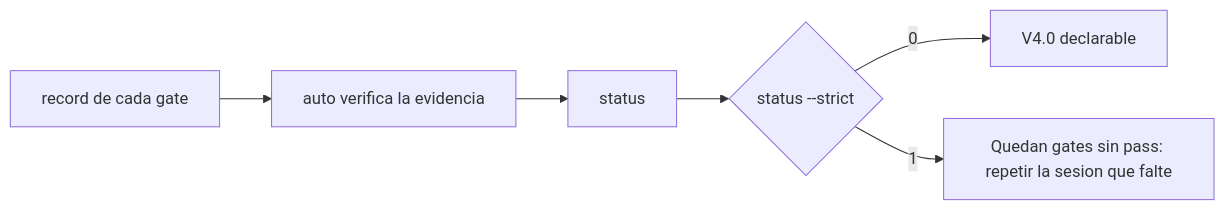
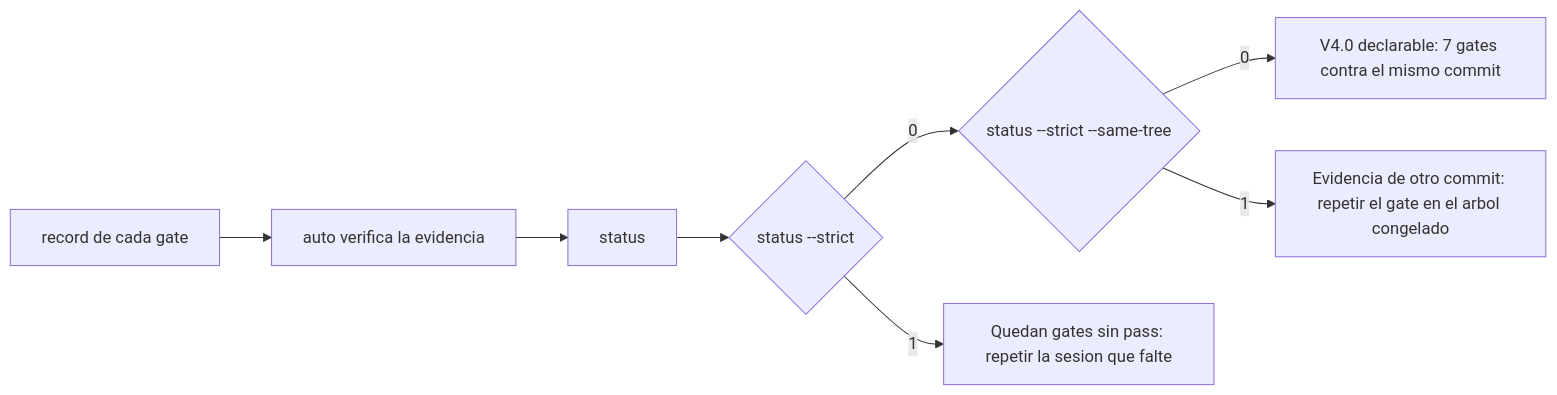
Before and after one commit to jvelasca/english-tutor: the second of 2 diagrams in docs/audit/KIT-VALIDACION-GATES.md, drawn with Mermaid. The commit also changed other lines of this file and 14 other files, not shown here.

Commit message:
release(v3.73.4): recorder trazable, evidencia sellada con commit y run de CI, y puerta --strict --same-tree

````diff
--- a/docs/audit/KIT-VALIDACION-GATES.md
+++ b/docs/audit/KIT-VALIDACION-GATES.md
@@ -289,8 +302,10 @@
 ```mermaid
 flowchart LR
     R["record de cada gate"] --> A["auto verifica la evidencia"]
     A --> ST["status"]
     ST --> STR{"status --strict"}
-    STR -->|"0"| V4["V4.0 declarable"]
+    STR -->|"0"| ST2{"status --strict --same-tree"}
     STR -->|"1"| Pend["Quedan gates sin pass: repetir la sesion que falte"]
+    ST2 -->|"0"| V4["V4.0 declarable: 7 gates contra el mismo commit"]
+    ST2 -->|"1"| Rep["Evidencia de otro commit: repetir el gate en el arbol congelado"]
 ```
````
